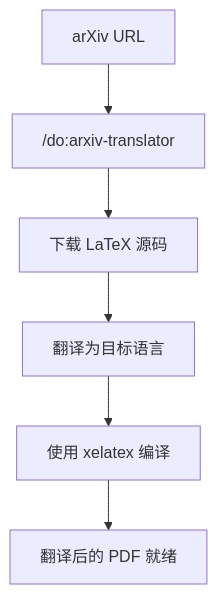
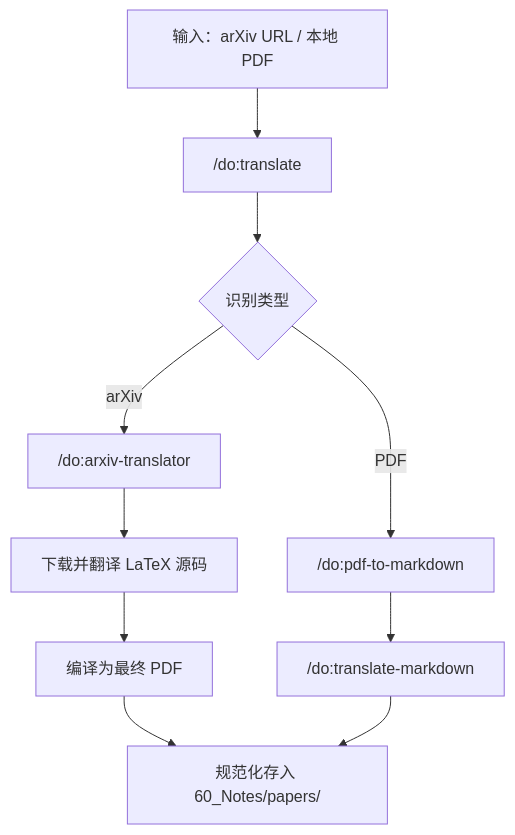
One commit to dull-bird/DeepOrbit changed the seventh of 8 diagrams in README_CN.md. Above: the diagram before and after it, drawn with Mermaid. The commit also changed 1 other file, not shown here.

Commit message:
feat: update translation workflow diagram to include local PDF input and detailed processing paths.

````diff
--- a/README_CN.md
+++ b/README_CN.md
@@ -231,8 +231,11 @@
 ```mermaid
 flowchart TD
-    A["arXiv URL"] --> B["/do:arxiv-translator"]
-    B --> C["下载 LaTeX 源码"]
-    C --> D["翻译为目标语言"]
-    D --> E["使用 xelatex 编译"]
-    E --> F["翻译后的 PDF 就绪"]
+    A["输入：arXiv URL / 本地 PDF"] --> B["/do:translate"]
+    B --> C{识别类型}
+    C -->|arXiv| D["/do:arxiv-translator"]
+    D --> E["下载并翻译 LaTeX 源码"]
+    E --> F["编译为最终 PDF"]
+    C -->|PDF| G["/do:pdf-to-markdown"]
+    G --> H["/do:translate-markdown"]
+    F & H --> I["规范化存入 60_Notes/papers/"]
 ```
````
